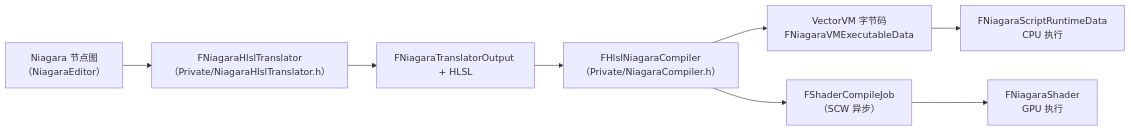
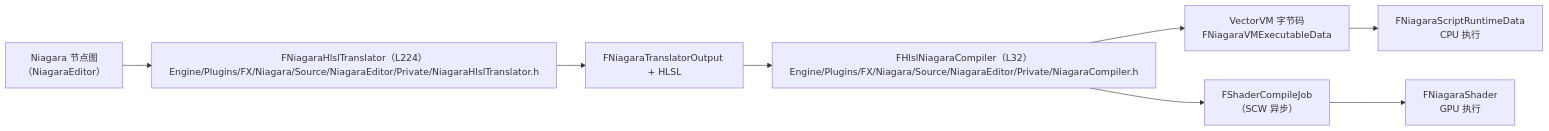
One commit to fantuan812/learning changed the third of 3 diagrams in 游戏知识/12-引擎源码分析/17-Niagara源码.md. Above: the diagram before and after it, drawn with Mermaid. The commit also changed other lines of this file and 264 other files, not shown here.

````diff
--- a/游戏知识/12-引擎源码分析/17-Niagara源码.md
+++ b/游戏知识/12-引擎源码分析/17-Niagara源码.md
@@ -965,10 +1323,10 @@
 ```mermaid
 flowchart LR
-    N["Niagara 节点图<br/>（NiagaraEditor）"] --> T["FNiagaraHlslTranslator<br/>（Private/NiagaraHlslTranslator.h）"]
+    N["Niagara 节点图<br/>（NiagaraEditor）"] --> T["FNiagaraHlslTranslator（L224）<br/>Engine/Plugins/FX/Niagara/Source/NiagaraEditor/Private/NiagaraHlslTranslator.h"]
     T --> O["FNiagaraTranslatorOutput + HLSL"]
-    O --> C["FHlslNiagaraCompiler<br/>（Private/NiagaraCompiler.h）"]
+    O --> C["FHlslNiagaraCompiler（L32）<br/>Engine/Plugins/FX/Niagara/Source/NiagaraEditor/Private/NiagaraCompiler.h"]
     C --> VM["VectorVM 字节码<br/>FNiagaraVMExecutableData"]
     C --> SH["FShaderCompileJob<br/>（SCW 异步）"]
     VM --> RT["FNiagaraScriptRuntimeData<br/>CPU 执行"]
     SH --> RT2["FNiagaraShader<br/>GPU 执行"]
 ```
````
